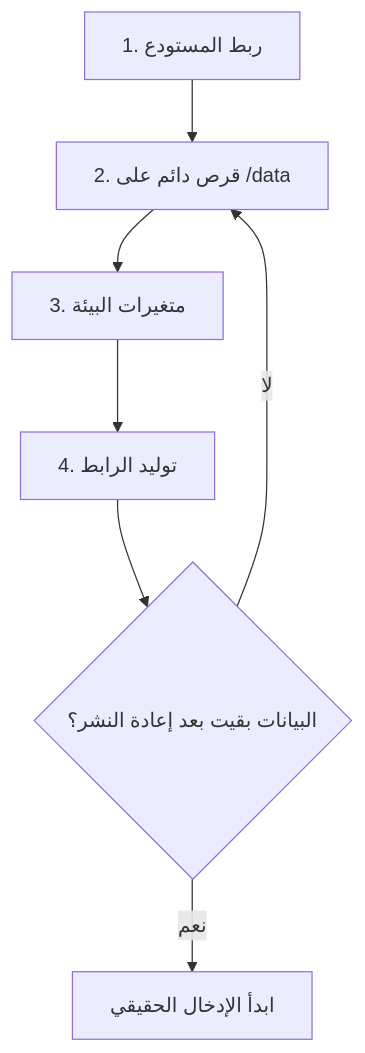
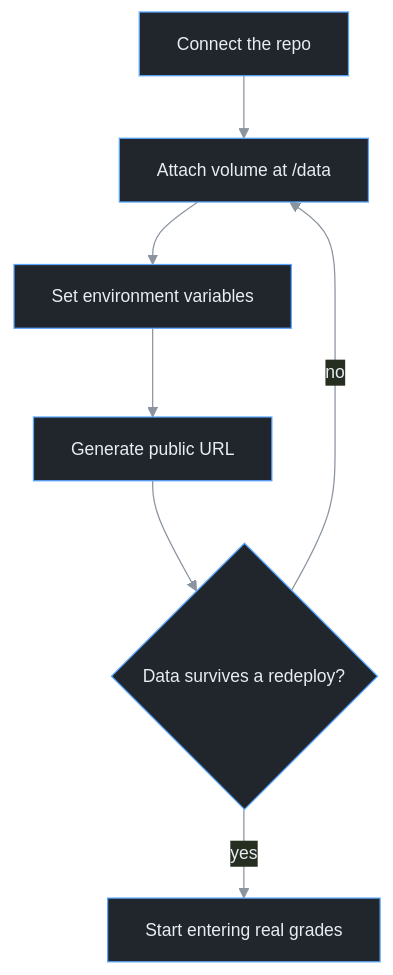
One commit to DXN-crsis/rafidain-grades changed the diagram in docs/دليل-النشر.md. Above: the diagram before and after it, drawn with Mermaid. The commit also changed other lines of this file, not shown here.

````diff
--- a/docs/دليل-النشر.md
+++ b/docs/دليل-النشر.md
@@ -24,9 +44,10 @@
 ```mermaid
+%%{init: {'theme':'base','themeVariables':{'primaryColor':'#21262d','primaryTextColor':'#e6edf3','primaryBorderColor':'#58a6ff','lineColor':'#8b949e','fontSize':'14px'}}}%%
 flowchart TD
-    A["1. ربط المستودع"] --> B["2. قرص دائم على /data"]
-    B --> C["3. متغيرات البيئة"]
-    C --> D["4. توليد الرابط"]
-    D --> E{"البيانات بقيت بعد إعادة النشر؟"}
-    E -->|نعم| F["ابدأ الإدخال الحقيقي"]
-    E -->|لا| B
+    A["Connect the repo"] --> B["Attach volume at /data"]
+    B --> C["Set environment variables"]
+    C --> D["Generate public URL"]
+    D --> E{"Data survives a redeploy?"}
+    E -->|yes| F["Start entering real grades"]
+    E -->|no| B
 ```
````
